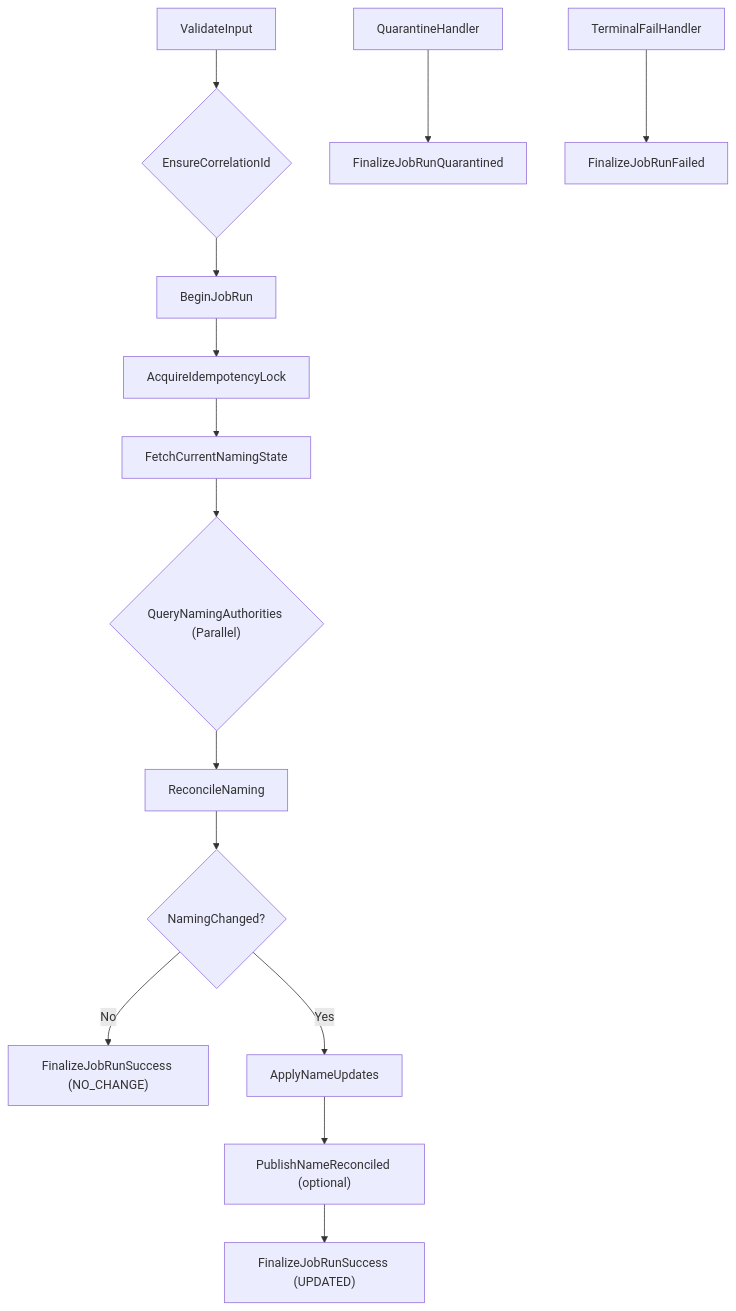
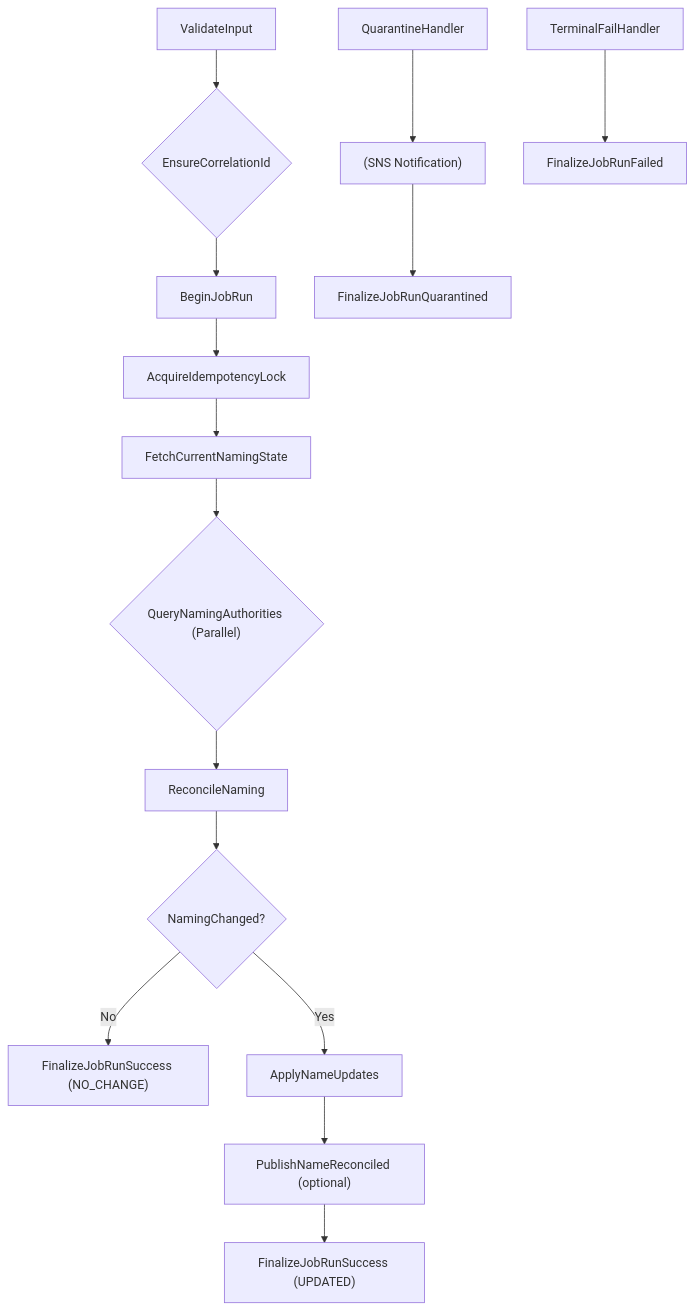
Before and after one commit to finzellt/aws_nova_cat: the diagram in docs/diagrams/workflow-name-check-and-reconcile.md, drawn with Mermaid. The commit also changed 9 other files, not shown here.

First line of the commit message:
refactor(workflows): add byte-level dedupe and SNS quarantine notifications

````diff
--- a/docs/diagrams/workflow-name-check-and-reconcile.md
+++ b/docs/diagrams/workflow-name-check-and-reconcile.md
@@ -1,18 +1,19 @@
 ```mermaid
 flowchart TD
   A[ValidateInput] --> B{EnsureCorrelationId}
   B --> C[BeginJobRun]
   C --> D[AcquireIdempotencyLock]
   D --> E[FetchCurrentNamingState]
   E --> F{"QueryNamingAuthorities (Parallel)"}
   F --> G[ReconcileNaming]
   G --> H{NamingChanged?}
 
   H -- No --> I["FinalizeJobRunSuccess (NO_CHANGE)"]
   H -- Yes --> J[ApplyNameUpdates]
   J --> K["PublishNameReconciled (optional)"]
   K --> L["FinalizeJobRunSuccess (UPDATED)"]
 
-  Q[QuarantineHandler] --> R[FinalizeJobRunQuarantined]
+  Q[QuarantineHandler] --> SS["(SNS Notification)"]
+  SS --> R[FinalizeJobRunQuarantined]
   T[TerminalFailHandler] --> U[FinalizeJobRunFailed]
 ```
````
